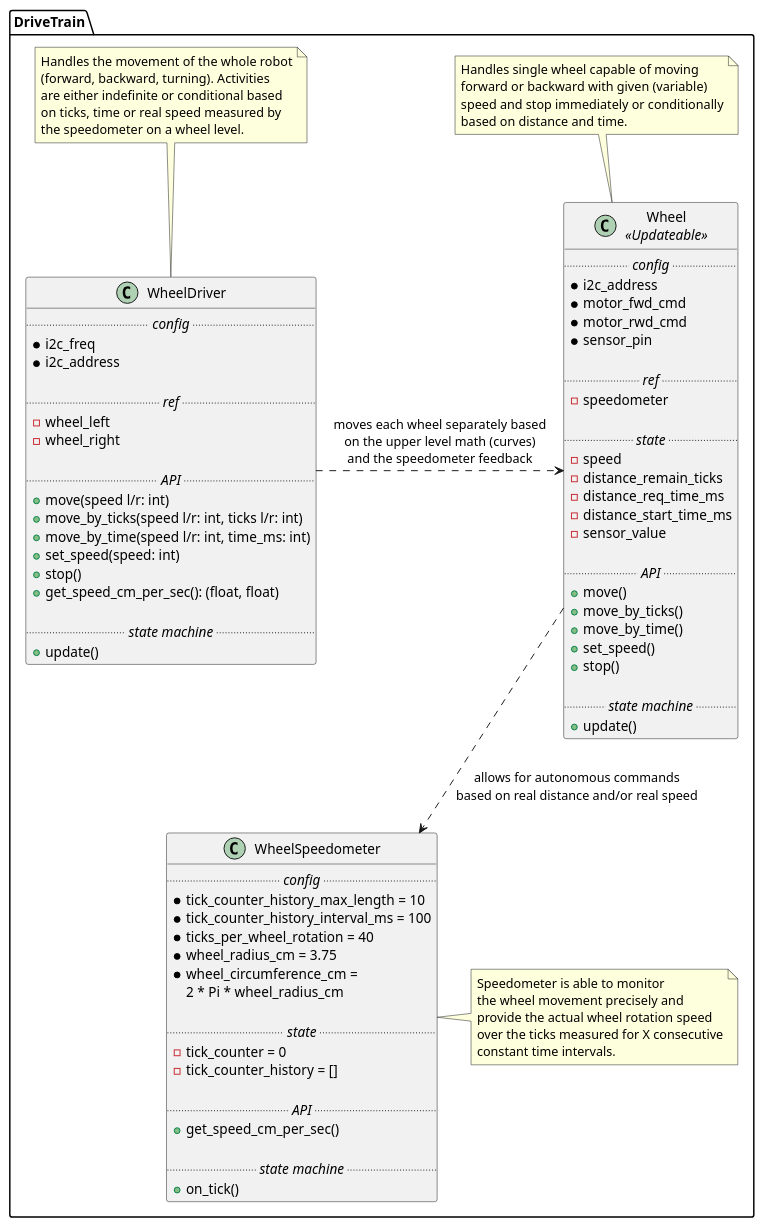
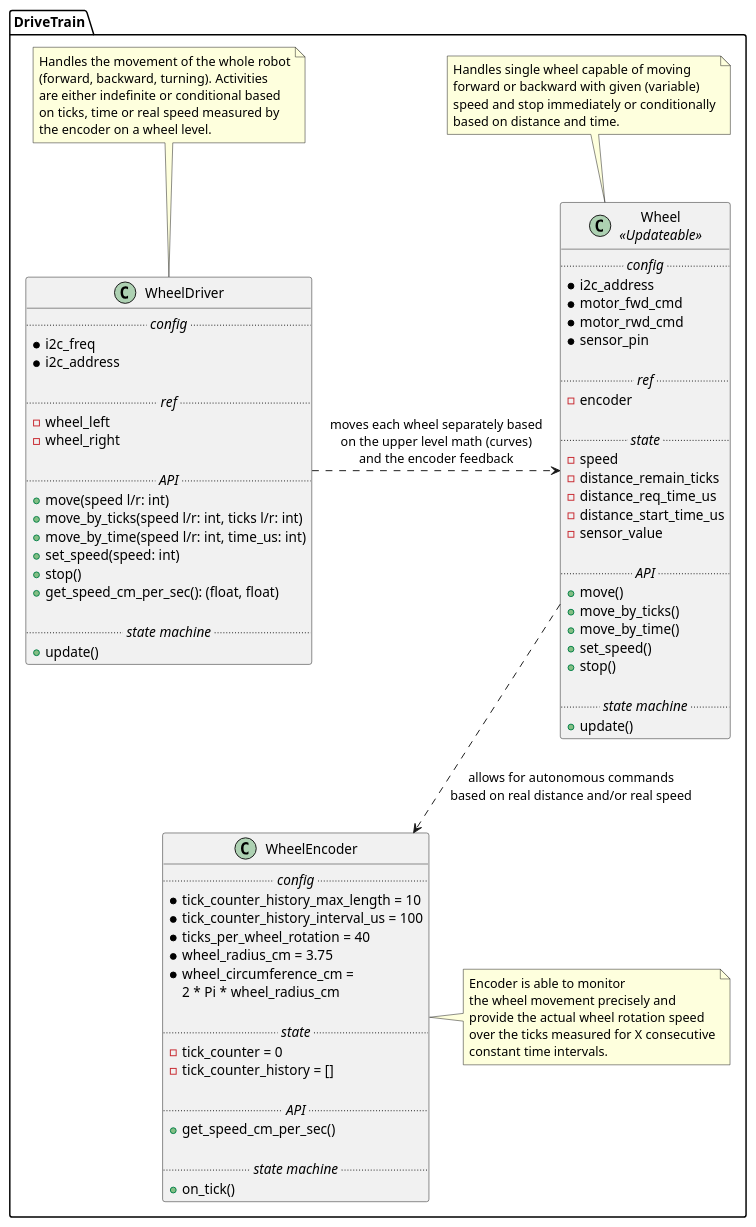
One commit to rdolejsi/robotprogramming changed the diagram in robot-core/docs/class-drivetrain.puml. Above: the diagram before and after it, drawn with PlantUML. The commit also changed 14 other files, not shown here.

```diff
--- a/robot-core/docs/class-drivetrain.puml
+++ b/robot-core/docs/class-drivetrain.puml
@@ -2,100 +2,100 @@
 @startuml
 
 namespace DriveTrain {
     class WheelDriver {
         .... //config// ....
         * i2c_freq
         * i2c_address
 
         .... //ref// ....
         - wheel_left
         - wheel_right
 
         .... //API// ....
         + move(speed l/r: int)
         + move_by_ticks(speed l/r: int, ticks l/r: int)
-        + move_by_time(speed l/r: int, time_ms: int)
+        + move_by_time(speed l/r: int, time_us: int)
         + set_speed(speed: int)
         + stop()
         + get_speed_cm_per_sec(): (float, float)
 
         .... //state machine// ....
         + update()
     }
 
     note top of WheelDriver
         Handles the movement of the whole robot
         (forward, backward, turning). Activities
         are either indefinite or conditional based
         on ticks, time or real speed measured by
-        the speedometer on a wheel level.
+        the encoder on a wheel level.
     end note
 
     class Wheel as "Wheel\n//<<Updateable>>//" {
         .... //config// ....
         * i2c_address
         * motor_fwd_cmd
         * motor_rwd_cmd
         * sensor_pin
 
         .... //ref// ....
-        - speedometer
+        - encoder
 
         .... //state// ....
         - speed
         - distance_remain_ticks
-        - distance_req_time_ms
-        - distance_start_time_ms
+        - distance_req_time_us
+        - distance_start_time_us
         - sensor_value
 
         .... //API// ....
         + move()
         + move_by_ticks()
         + move_by_time()
         + set_speed()
         + stop()
 
         .... //state machine// ....
         + update()
     }
 
     note top of Wheel
         Handles single wheel capable of moving
         forward or backward with given (variable)
         speed and stop immediately or conditionally
         based on distance and time.
     end note
 
-    class WheelSpeedometer {
+    class WheelEncoder {
         .... //config// ....
         * tick_counter_history_max_length = 10
-        * tick_counter_history_interval_ms = 100
+        * tick_counter_history_interval_us = 100
         * ticks_per_wheel_rotation = 40
         * wheel_radius_cm = 3.75
         * wheel_circumference_cm =
             2 * Pi * wheel_radius_cm
 
         .... //state// ....
         - tick_counter = 0
         - tick_counter_history = []
 
         .... //API// ....
         + get_speed_cm_per_sec()
 
         .... //state machine// ....
         + on_tick()
     }
 
-    note right of WheelSpeedometer
-        Speedometer is able to monitor
+    note right of WheelEncoder
+        Encoder is able to monitor
         the wheel movement precisely and
         provide the actual wheel rotation speed
         over the ticks measured for X consecutive
         constant time intervals.
     end note
 
-    WheelDriver .right.> Wheel: "moves each wheel separately based\non the upper level math (curves)\nand the speedometer feedback"
-    Wheel .down.> WheelSpeedometer: "allows for autonomous commands\nbased on real distance and/or real speed"
+    WheelDriver .right.> Wheel: "moves each wheel separately based\non the upper level math (curves)\nand the encoder feedback"
+    Wheel .down.> WheelEncoder: "allows for autonomous commands\nbased on real distance and/or real speed"
 }
 
 @enduml
```
